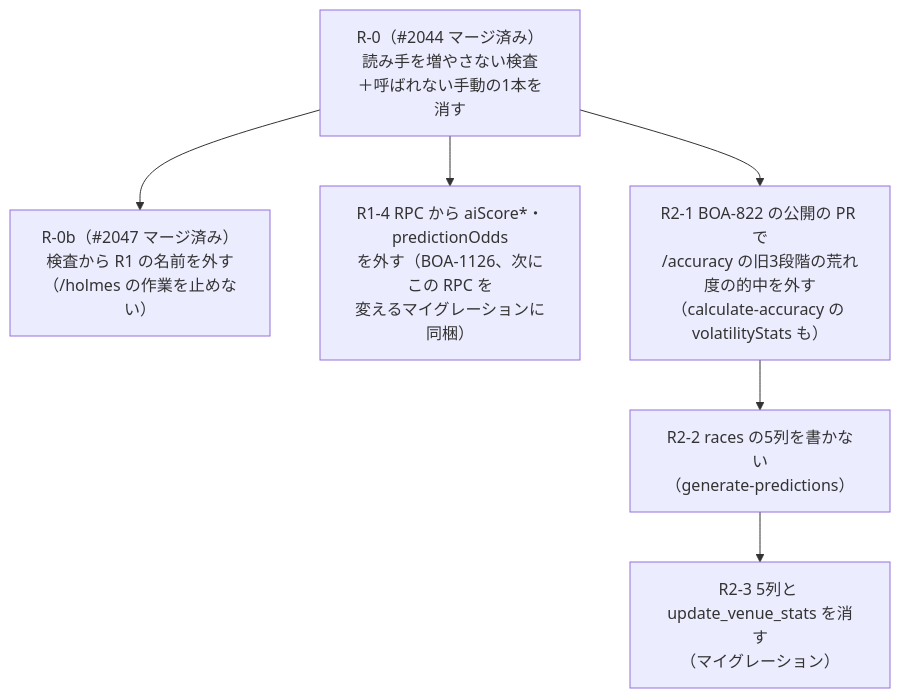
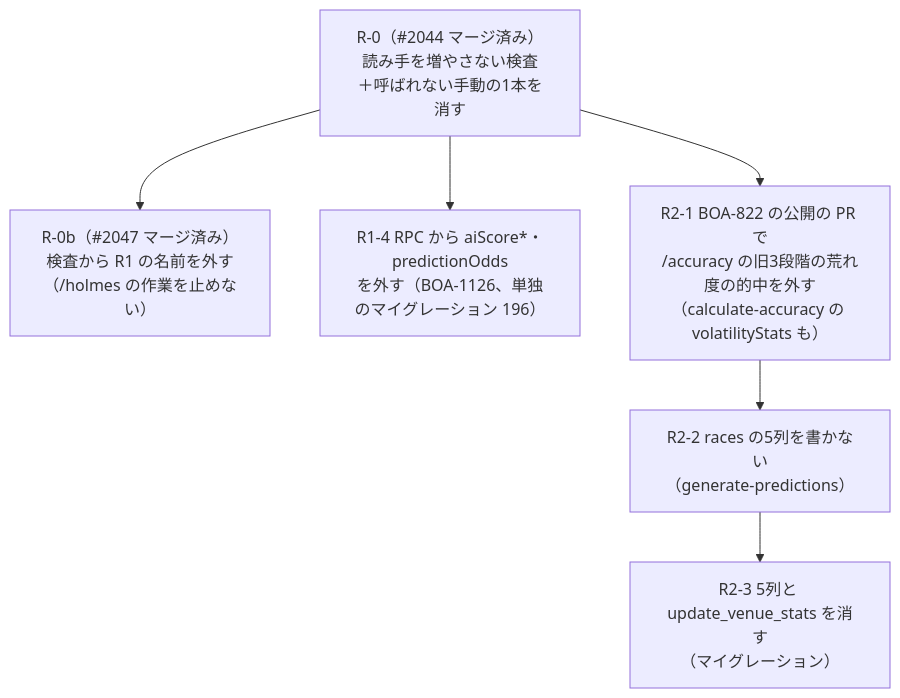
Before and after one commit to rhapsody0919/boatrace-ai-predictor: the diagram in docs/design/legacy-prediction-cleanup/plan.md, drawn with Mermaid. The commit also changed other lines of this file and 8 other files, not shown here.

First line of the commit message:
fix(db): get_predictions_by_date(_light) の応答から aiScore* と predictionOdds を外す（BOA-1126、マイグレーション196）

````diff
--- a/docs/design/legacy-prediction-cleanup/plan.md
+++ b/docs/design/legacy-prediction-cleanup/plan.md
@@ -46,12 +46,12 @@
 ```mermaid
 flowchart TD
   R0["R-0（#2044 マージ済み）<br/>読み手を増やさない検査<br/>＋呼ばれない手動の1本を消す"]
   R0b["R-0b（#2047 マージ済み）<br/>検査から R1 の名前を外す<br/>（/holmes の作業を止めない）"]
-  R14["R1-4 RPC から aiScore*・predictionOdds<br/>を外す（BOA-1126、次にこの RPC を<br/>変えるマイグレーションに同梱）"]
+  R14["R1-4 RPC から aiScore*・predictionOdds<br/>を外す（BOA-1126、単独のマイグレーション 196）"]
   B822["R2-1 BOA-822 の公開の PR で<br/>/accuracy の旧3段階の荒れ度の的中を外す<br/>（calculate-accuracy の volatilityStats も）"]
   R22["R2-2 races の5列を書かない<br/>（generate-predictions）"]
   R23["R2-3 5列と update_venue_stats を消す<br/>（マイグレーション）"]
   R0 --> R0b
   R0 --> R14
   R0 --> B822 --> R22 --> R23
 ```
````
